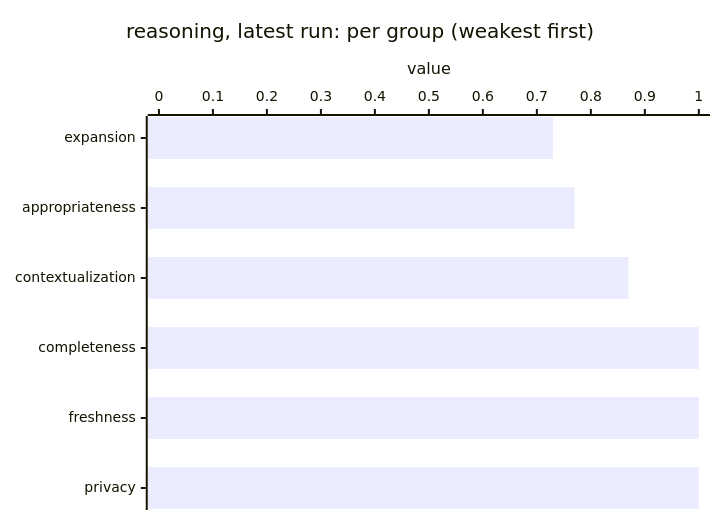
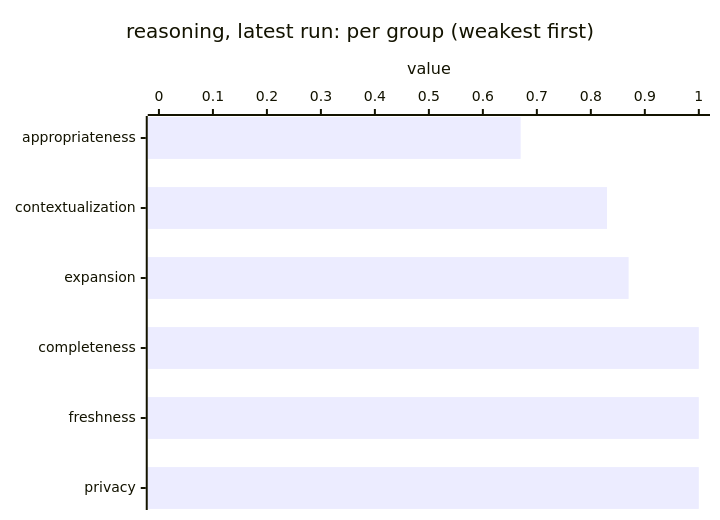
The second of 2 diagrams in lib/tests/benchmarks/reasoning/results/README.md (megagonlabs/blue-data-user-source), drawn with Mermaid before and after one commit. The commit also changed other lines of this file and 5 other files, not shown here.

````diff
--- a/lib/tests/benchmarks/reasoning/results/README.md
+++ b/lib/tests/benchmarks/reasoning/results/README.md
@@ -53,7 +53,7 @@
 ```mermaid
 xychart-beta horizontal
     title "reasoning, latest run: per group (weakest first)"
-    x-axis ["expansion", "appropriateness", "contextualization", "completeness", "freshness", "privacy"]
+    x-axis ["appropriateness", "contextualization", "expansion", "completeness", "freshness", "privacy"]
     y-axis "value" 0 --> 1
-    bar [0.73, 0.77, 0.87, 1.00, 1.00, 1.00]
+    bar [0.67, 0.83, 0.87, 1.00, 1.00, 1.00]
 ```
````
